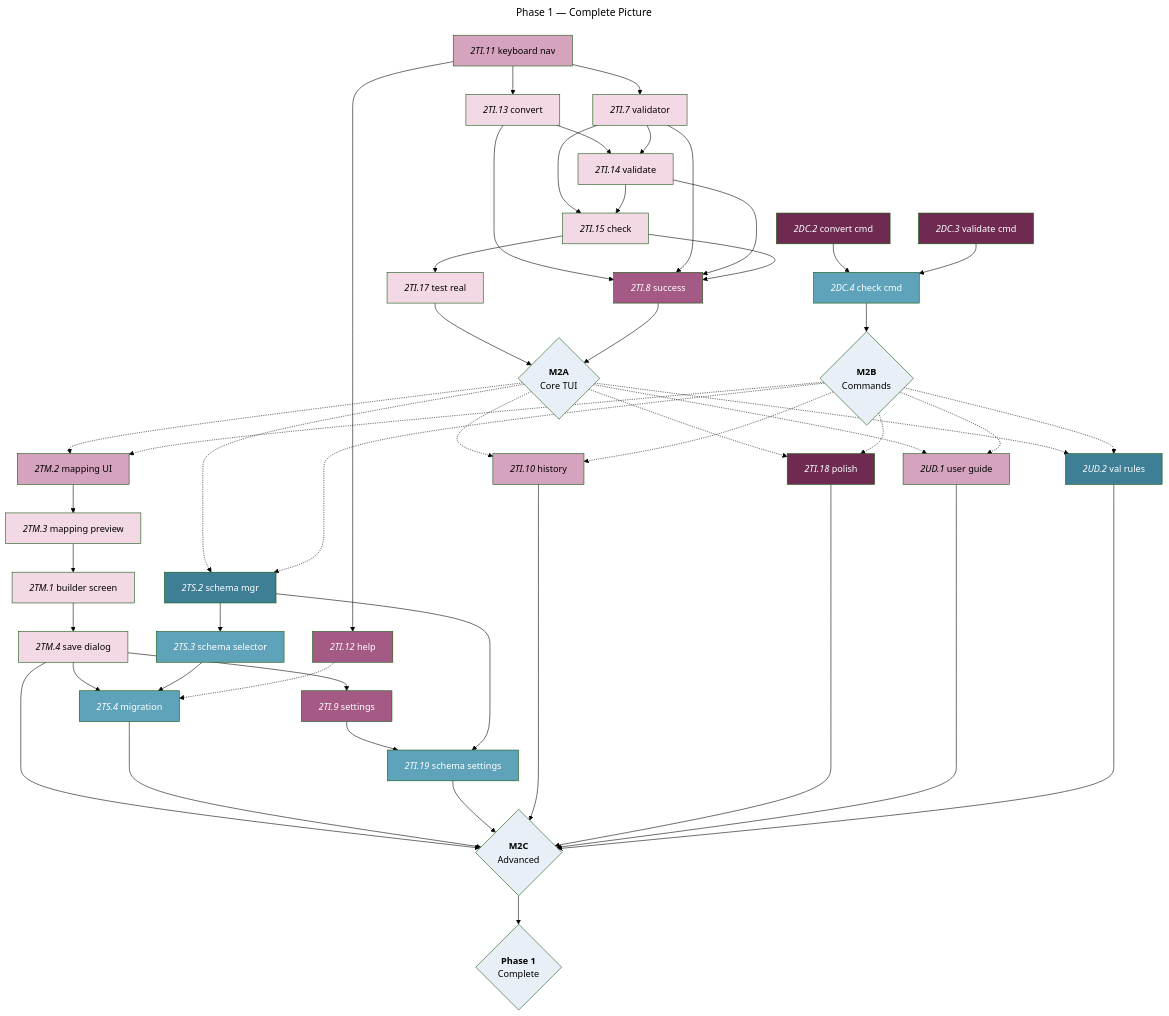
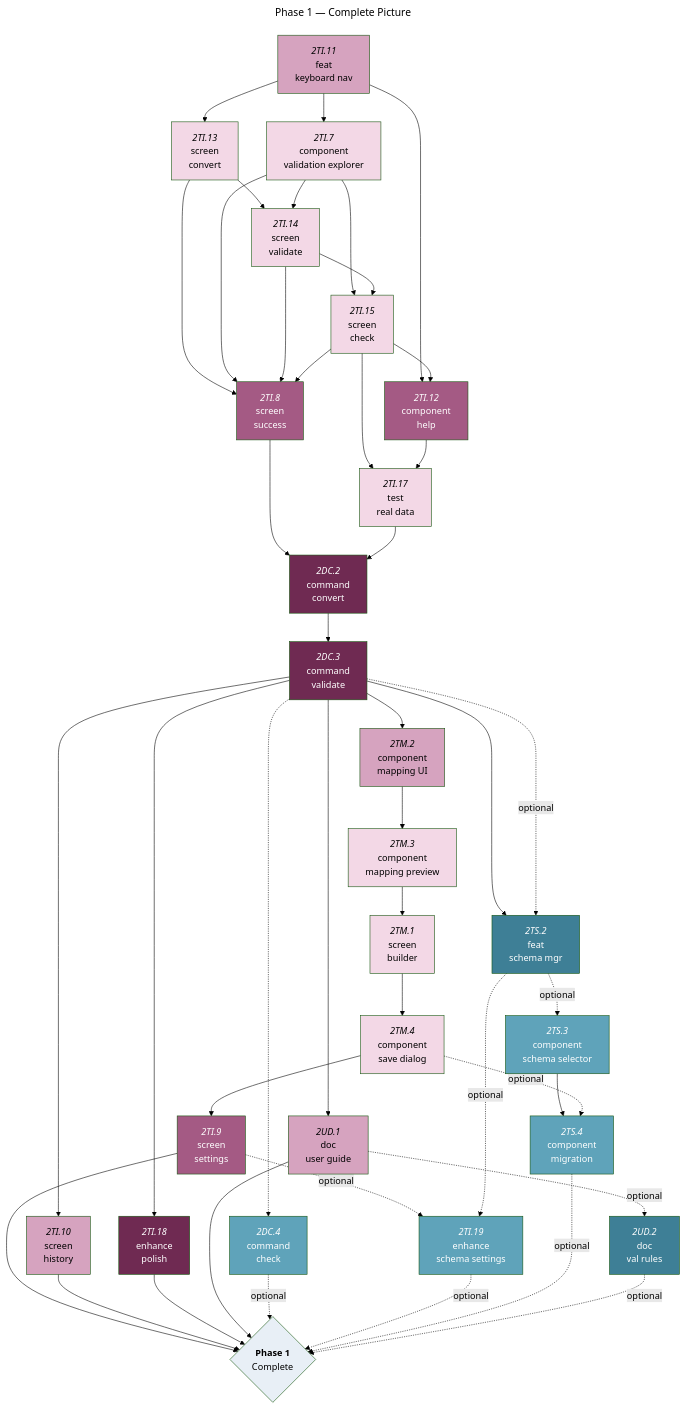
Before and after one commit to foundersandcoders/iris: the fifth of 5 diagrams in docs/roadmaps/phase-1-mvp-features.md, drawn with Mermaid (forest theme).

Commit message:
docs: improve task dependencies in phase 1 roadmap
Updated task descriptions in the roadmap to include component and feature details.

```diff
--- a/docs/roadmaps/phase-1-mvp-features.md
+++ b/docs/roadmaps/phase-1-mvp-features.md
@@ -308,39 +308,36 @@
 graph TD
 
 %% M2A Tasks %%
-2TI.11["`*2TI.11* keyboard nav`"]:::must-open
-2TI.13["`*2TI.13* convert`"]:::must-blocked
-2TI.7["`*2TI.7* validator`"]:::must-blocked
-2TI.14["`*2TI.14* validate`"]:::must-blocked
-2TI.15["`*2TI.15* check`"]:::must-blocked
-2TI.17["`*2TI.17* test real`"]:::must-blocked
-2TI.12["`*2TI.12* help`"]:::should-blocked
-2TI.8["`*2TI.8* success`"]:::should-blocked
+2TI.11["`*2TI.11*<br/>feat<br/>keyboard nav`"]:::must-open
+2TI.13["`*2TI.13*<br/>screen<br/>convert`"]:::must-blocked
+2TI.7["`*2TI.7*<br/>component<br/>validation explorer`"]:::must-blocked
+2TI.14["`*2TI.14*<br/>screen<br/>validate`"]:::must-blocked
+2TI.15["`*2TI.15*<br/>screen<br/>check`"]:::must-blocked
+2TI.17["`*2TI.17*<br/>test<br/>real data`"]:::must-blocked
+2TI.12["`*2TI.12*<br/>component<br/>help`"]:::should-blocked
+2TI.8["`*2TI.8*<br/>screen<br/>success`"]:::should-blocked
 
 %% M2B Tasks %%
-2DC.2["`*2DC.2* convert cmd`"]:::should-open
-2DC.3["`*2DC.3* validate cmd`"]:::should-open
-2DC.4["`*2DC.4* check cmd`"]:::could-blocked
+2DC.2["`*2DC.2*<br/>command<br/>convert`"]:::should-open
+2DC.3["`*2DC.3*<br/>command<br/>validate`"]:::should-open
+2DC.4["`*2DC.4*<br/>command<br/>check`"]:::could-blocked
 
 %% M2C Tasks %%
-2TM.2["`*2TM.2* mapping UI`"]:::must-open
-2TM.3["`*2TM.3* mapping preview`"]:::must-blocked
-2TM.1["`*2TM.1* builder screen`"]:::must-blocked
-2TM.4["`*2TM.4* save dialog`"]:::must-blocked
-2TI.9["`*2TI.9* settings`"]:::should-blocked
-2TS.2["`*2TS.2* schema mgr`"]:::could-open
-2TS.3["`*2TS.3* schema selector`"]:::could-blocked
-2TS.4["`*2TS.4* migration`"]:::could-blocked
-2TI.19["`*2TI.19* schema settings`"]:::could-blocked
-2TI.10["`*2TI.10* history`"]:::must-open
-2TI.18["`*2TI.18* polish`"]:::should-open
-2UD.1["`*2UD.1* user guide`"]:::must-open
-2UD.2["`*2UD.2* val rules`"]:::could-open
+2TM.2["`*2TM.2*<br/>component<br/>mapping UI`"]:::must-open
+2TM.3["`*2TM.3*<br/>component<br/>mapping preview`"]:::must-blocked
+2TM.1["`*2TM.1*<br/>screen<br/>builder`"]:::must-blocked
+2TM.4["`*2TM.4*<br/>component<br/>save dialog`"]:::must-blocked
+2TI.9["`*2TI.9*<br/>screen<br/>settings`"]:::should-blocked
+2TS.2["`*2TS.2*<br/>feat<br/>schema mgr`"]:::could-open
+2TS.3["`*2TS.3*<br/>component<br/>schema selector`"]:::could-blocked
+2TS.4["`*2TS.4*<br/>component</br>migration`"]:::could-blocked
+2TI.19["`*2TI.19*<br/>enhance<br/>schema settings`"]:::could-blocked
+2TI.10["`*2TI.10*<br/>screen<br/>history`"]:::must-open
+2TI.18["`*2TI.18*<br/>enhance<br/>polish`"]:::should-open
+2UD.1["`*2UD.1*<br/>doc<br/>user guide`"]:::must-open
+2UD.2["`*2UD.2*<br/>doc<br/>val rules`"]:::could-open
 
 %% Milestone nodes %%
-m2a{"`**M2A**<br/>Core TUI`"}:::mile
-m2b{"`**M2B**<br/>Commands`"}:::mile
-m2c{"`**M2C**<br/>Advanced`"}:::mile
 phase1{"`**Phase 1**<br/>Complete`"}:::mile
 
 %% M2A Dependencies %%
@@ -348,37 +345,30 @@
 2TI.13 --> 2TI.14 & 2TI.8
 2TI.7 --> 2TI.14 & 2TI.15 & 2TI.8
 2TI.14 --> 2TI.15 & 2TI.8
-2TI.15 --> 2TI.17 & 2TI.8
-2TI.17 --> m2a
-2TI.8 --> m2a
+2TI.15 --> 2TI.12 & 2TI.17 & 2TI.8
+2TI.12 --> 2TI.17
 
 %% M2B Dependencies %%
-2DC.2 --> 2DC.4
-2DC.3 --> 2DC.4
-2DC.4 --> m2b
-
-%% Cross-phase dependencies (M2A + M2B unlock M2C tasks) %%
-m2a -.-> 2TM.2 & 2TI.10 & 2TS.2 & 2TI.18 & 2UD.1 & 2UD.2
-m2b -.-> 2TM.2 & 2TI.10 & 2TS.2 & 2TI.18 & 2UD.1 & 2UD.2
+2TI.8 & 2TI.17 --> 2DC.2
+2DC.2 --> 2DC.3
+2DC.3 -.-> 2DC.4
+2DC.3 --> 2TM.2 & 2TI.10 & 2TS.2 & 2TI.18 & 2UD.1
 
 %% M2C Dependencies %%
 2TM.2 --> 2TM.3
 2TM.3 --> 2TM.1
 2TM.1 --> 2TM.4
-2TM.4 --> 2TI.9 & 2TS.4 & m2c
-2TI.9 --> 2TI.19
-2TS.2 --> 2TS.3 & 2TI.19
+2TM.4 --> 2TI.9
 2TS.3 --> 2TS.4
-2TS.4 --> m2c
-2TI.12 -.-> 2TS.4
-2TI.19 --> m2c
-2TI.10 --> m2c
-2TI.18 --> m2c
-2UD.1 --> m2c
-2UD.2 --> m2c
+2TI.9 & 2TI.10 & 2TI.18 & 2UD.1 --> phase1
 
-%% Phase completion %%
-m2c --> phase1
+%% OPTIONAL %%
+2UD.1 -.->| optional | 2UD.2
+2TI.9 -.->| optional | 2TI.19
+2TM.4 -.->| optional | 2TS.4
+2DC.3 -.->| optional | 2TS.2
+2TS.2 -.->| optional | 2TS.3 & 2TI.19
+2DC.4 & 2TI.19 & 2TS.4 & 2UD.2 -.->| optional | phase1
 
 classDef must-open fill:#D6A3BF,color:#000;
 classDef must-blocked fill:#F3D8E6,color:#000;
```
